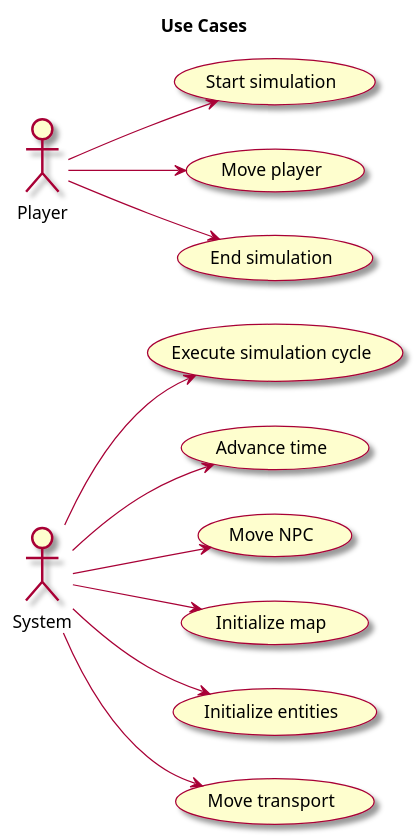
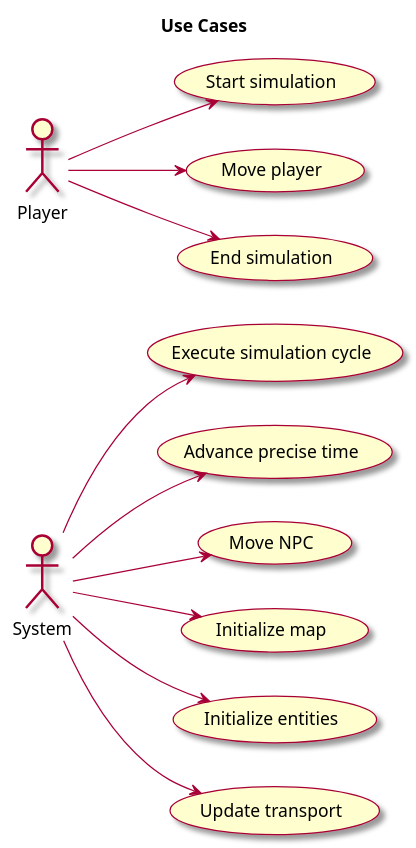
The diagram in docs/modelosUML/diagramaCasosDeUso.puml (mmasias/23-24-IdSw2-SDD), drawn with PlantUML before and after one commit. The commit also changed 2 other files, not shown here.

Commit message:
[fix] diagram use cases

```diff
--- a/docs/modelosUML/diagramaCasosDeUso.puml
+++ b/docs/modelosUML/diagramaCasosDeUso.puml
@@ -1,21 +1,21 @@
 @startuml Diagrama de CDU
 
 skin rose
 left to right direction
 title Use Cases
 
 actor System as system
 
 Player --> (Start simulation)
 Player --> (Move player)
 
 system --> (Execute simulation cycle)
-system --> (Advance time)
+system --> (Advance precise time)
 system --> (Move NPC)
 system --> (Initialize map)
 system --> (Initialize entities)
-system --> (Move transport)
+system --> (Update transport)
 
 Player --> (End simulation)
 
 @enduml
```
